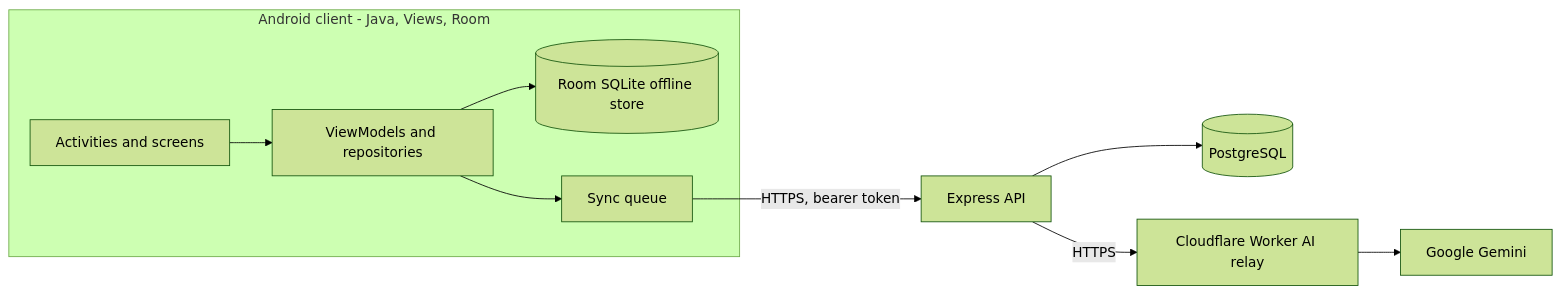
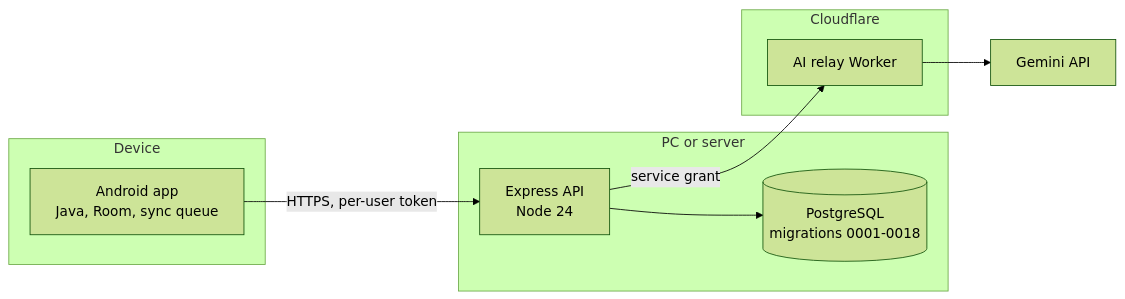
The diagram in README.md (lmurugu/perazim-android), drawn with Mermaid (forest theme) before and after one commit. The commit also changed other lines of this file and 8 other files, not shown here.

````diff
--- a/README.md
+++ b/README.md
@@ -68,12 +9,18 @@
 ```mermaid
 flowchart LR
-  subgraph Device[Android client - Java, Views, Room]
-    UI[Activities and screens] --> VM[ViewModels and repositories]
-    VM --> DB[(Room SQLite offline store)]
-    VM --> SYNC[Sync queue]
+  subgraph Device
+    A[Android app<br/>Java, Room, sync queue]
   end
-  SYNC -->|HTTPS, bearer token| API[Express API]
-  API --> PG[(PostgreSQL)]
-  API -->|HTTPS| RELAY[Cloudflare Worker AI relay]
-  RELAY --> GEM[Google Gemini]
+  subgraph PC or server
+    B[Express API<br/>Node 24]
+    D[(PostgreSQL<br/>migrations 0001-0018)]
+  end
+  subgraph Cloudflare
+    R[AI relay Worker]
+  end
+  G[Gemini API]
+  A -->|HTTPS, per-user token| B
+  B --> D
+  B -->|service grant| R
+  R --> G
 ```
````
